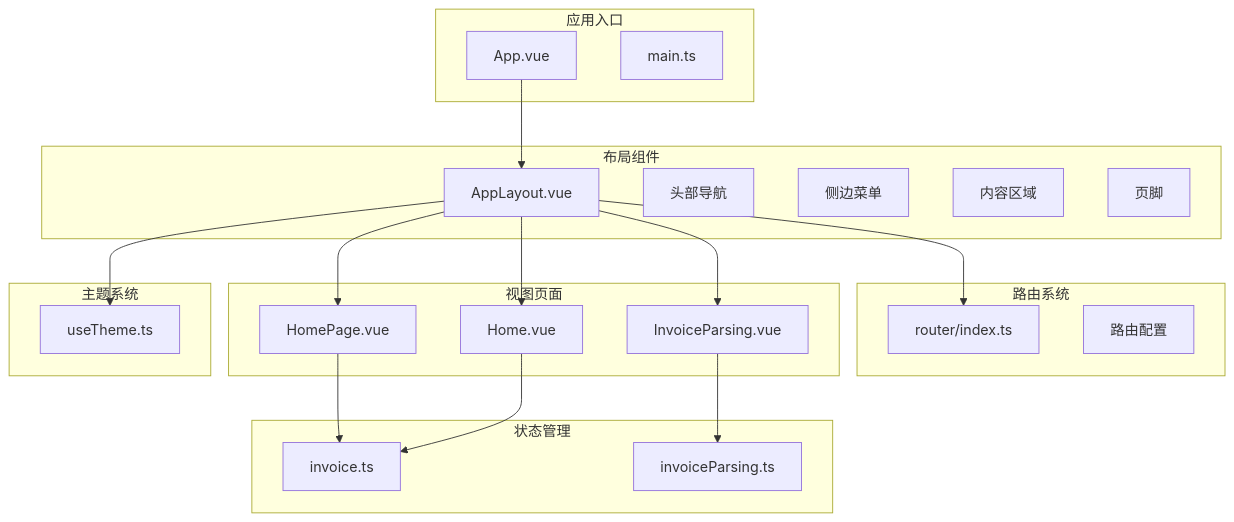
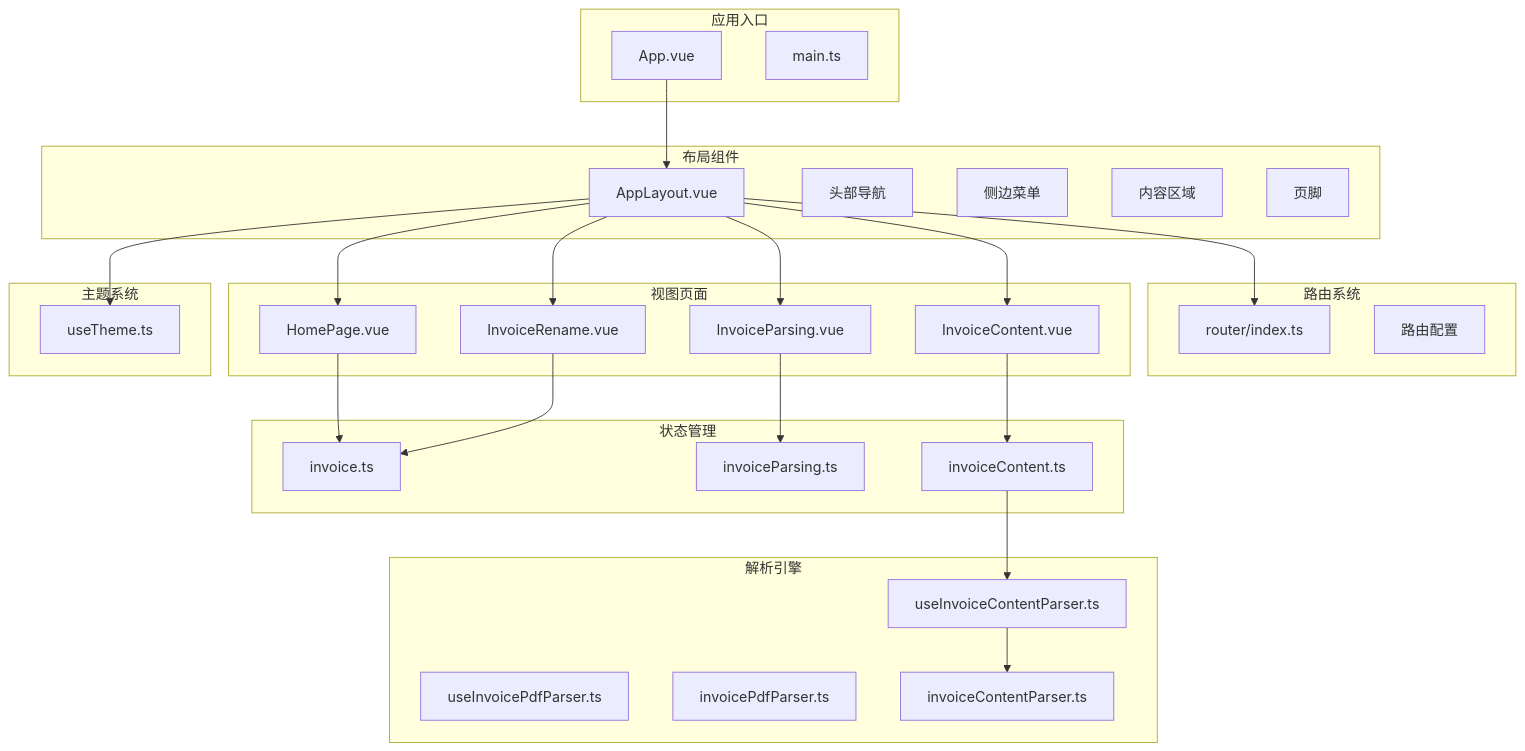
Before and after one commit to dunhuixiao/FinanceTools: the first of 9 diagrams in .qoder/repowiki/zh/content/组件架构设计/AppLayout 根布局组件.md, drawn with Mermaid. The commit also changed other lines of this file and 20 other files, not shown here.

````diff
--- a/.qoder/repowiki/zh/content/组件架构设计/AppLayout 根布局组件.md
+++ b/.qoder/repowiki/zh/content/组件架构设计/AppLayout 根布局组件.md
@@ -35,39 +50,51 @@
 ```mermaid
 graph TB
 subgraph "应用入口"
 App[App.vue]
 Main[main.ts]
 end
 subgraph "布局组件"
 Layout[AppLayout.vue]
 Header[头部导航]
 Sider[侧边菜单]
 Content[内容区域]
 Footer[页脚]
 end
 subgraph "路由系统"
 Router[router/index.ts]
 Routes[路由配置]
 end
 subgraph "视图页面"
 Home[HomePage.vue]
-Rename[Home.vue]
+Rename[InvoiceRename.vue]
 Parsing[InvoiceParsing.vue]
+ContentPage[InvoiceContent.vue]
 end
 subgraph "状态管理"
 Store1[invoice.ts]
 Store2[invoiceParsing.ts]
+Store3[invoiceContent.ts]
 end
 subgraph "主题系统"
 Theme[useTheme.ts]
+end
+subgraph "解析引擎"
+Parser1[useInvoicePdfParser.ts]
+Parser2[useInvoiceContentParser.ts]
+Utils1[invoicePdfParser.ts]
+Utils2[invoiceContentParser.ts]
 end
 App --> Layout
 Layout --> Router
 Layout --> Theme
 Layout --> Home
 Layout --> Rename
 Layout --> Parsing
+Layout --> ContentPage
 Home --> Store1
 Rename --> Store1
 Parsing --> Store2
+ContentPage --> Store3
+Store3 --> Parser2
+Parser2 --> Utils2
 ```
````
